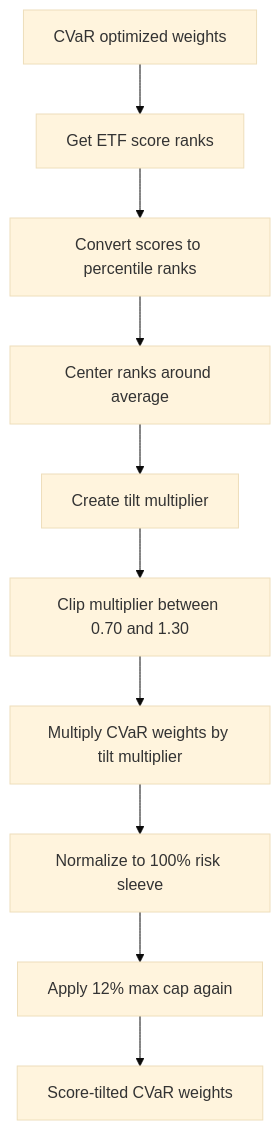
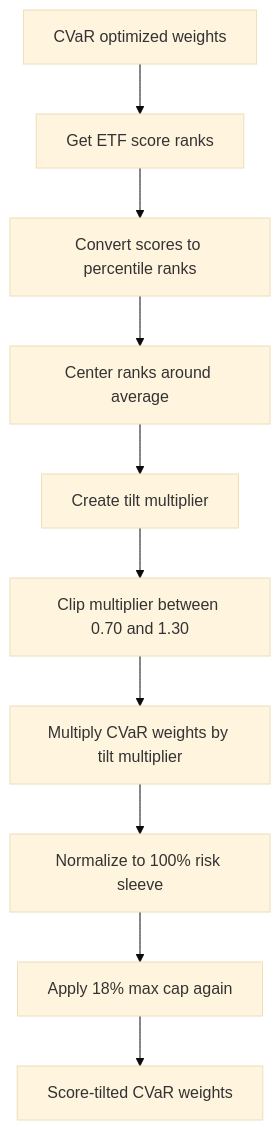
One commit to rohanptl/Gemini-riskfolio-lib changed the ninth of 14 diagrams in README.md. Above: the diagram before and after it, drawn with Mermaid (base theme). The commit also changed other lines of this file and 3 other files, not shown here.

````diff
--- a/README.md
+++ b/README.md
@@ -746,13 +746,13 @@
 ```mermaid
 flowchart TD
     A[CVaR optimized weights] --> B[Get ETF score ranks]
     B --> C[Convert scores to percentile ranks]
     C --> D[Center ranks around average]
     D --> E[Create tilt multiplier]
 
     E --> F[Clip multiplier between 0.70 and 1.30]
     F --> G[Multiply CVaR weights by tilt multiplier]
     G --> H[Normalize to 100% risk sleeve]
-    H --> I[Apply 12% max cap again]
+    H --> I[Apply 18% max cap again]
     I --> J[Score-tilted CVaR weights]
 ```
````
